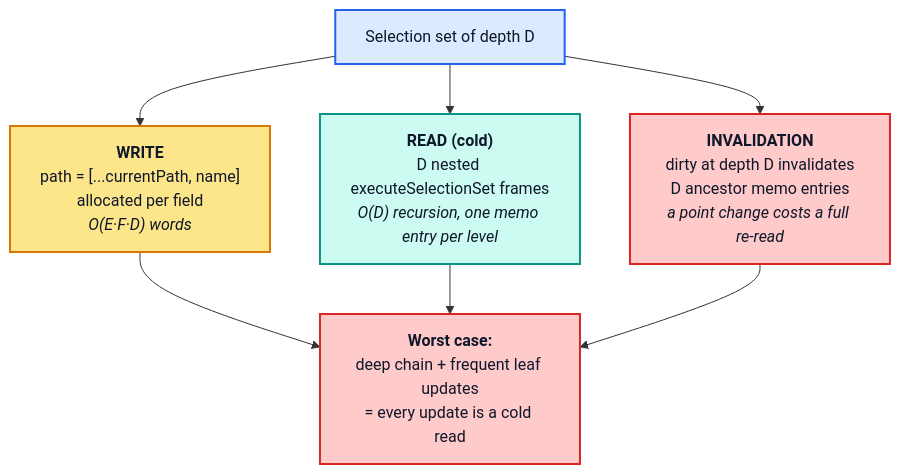
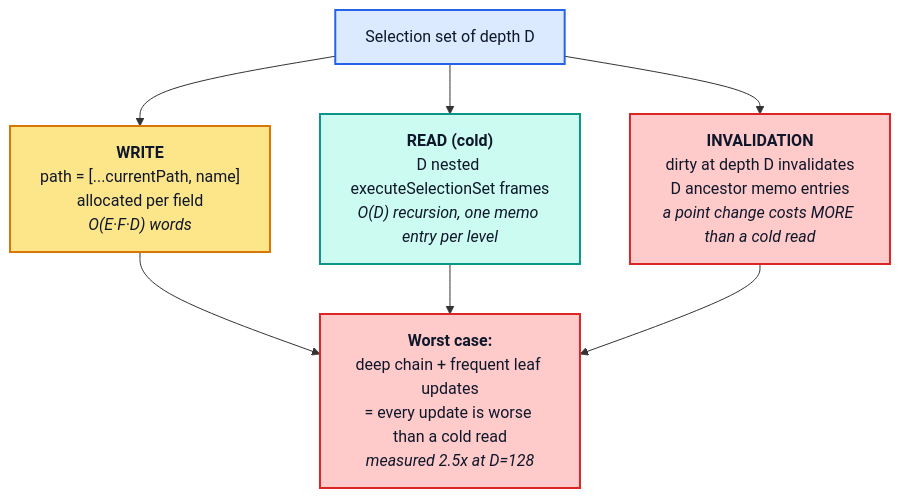
The tenth of 14 diagrams in docs/apollo-client-inmemory-cache-performance.md (convict-git/fast-gql-cache-rs), drawn with Mermaid before and after one commit. The commit also changed other lines of this file and 1 other file, not shown here.

````diff
--- a/docs/apollo-client-inmemory-cache-performance.md
+++ b/docs/apollo-client-inmemory-cache-performance.md
@@ -893,17 +1177,17 @@
 ```mermaid
 flowchart TB
     D["Selection set of depth D"]:::api
 
     D --> W["<b>WRITE</b><br/>path = [...currentPath, name]<br/>allocated per field<br/><i>O(E·F·D) words</i>"]:::write
     D --> R["<b>READ (cold)</b><br/>D nested executeSelectionSet frames<br/><i>O(D) recursion, one memo entry per level</i>"]:::read
-    D --> I["<b>INVALIDATION</b><br/>dirty at depth D invalidates<br/>D ancestor memo entries<br/><i>a point change costs a full re-read</i>"]:::dirty
+    D --> I["<b>INVALIDATION</b><br/>dirty at depth D invalidates<br/>D ancestor memo entries<br/><i>a point change costs MORE than a cold read</i>"]:::dirty
 
-    W --> WORST["<b>Worst case:</b><br/>deep chain + frequent leaf updates<br/>= every update is a cold read"]:::dirty
+    W --> WORST["<b>Worst case:</b><br/>deep chain + frequent leaf updates<br/>= every update is worse than a cold read<br/><i>measured 2.5x at D=128</i>"]:::dirty
     R --> WORST
     I --> WORST
 
     classDef api fill:#dbeafe,stroke:#2563eb,stroke-width:2px,color:#0f172a
     classDef read fill:#ccfbf1,stroke:#0d9488,stroke-width:2px,color:#0f172a
     classDef write fill:#fde68a,stroke:#d97706,stroke-width:2px,color:#0f172a
     classDef dirty fill:#fecaca,stroke:#dc2626,stroke-width:2px,color:#0f172a
 ```
````
